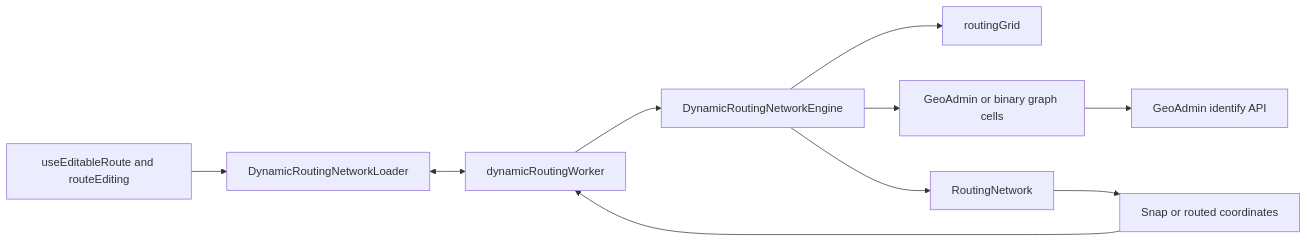
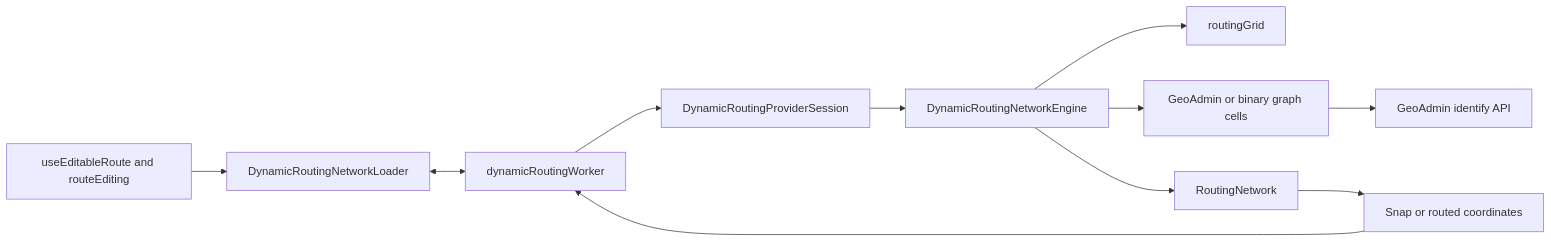
One commit to egofree71/via-helvetica changed the diagram in docs/ROUTING.md. Above: the diagram before and after it, drawn with Mermaid. The commit also changed other lines of this file and 16 other files, not shown here.

````diff
--- a/docs/ROUTING.md
+++ b/docs/ROUTING.md
@@ -66,12 +67,13 @@
 ```mermaid
 flowchart LR
     Editor[useEditableRoute and routeEditing] --> Facade[DynamicRoutingNetworkLoader]
     Facade <--> Worker[dynamicRoutingWorker]
-    Worker --> Engine[DynamicRoutingNetworkEngine]
+    Worker --> Session[DynamicRoutingProviderSession]
+    Session --> Engine[DynamicRoutingNetworkEngine]
     Engine --> Grid[routingGrid]
     Engine --> Provider[GeoAdmin or binary graph cells]
     Engine --> Router[RoutingNetwork]
     Provider --> GeoAdmin[GeoAdmin identify API]
     Router --> Result[Snap or routed coordinates]
     Result --> Worker
 ```
````
